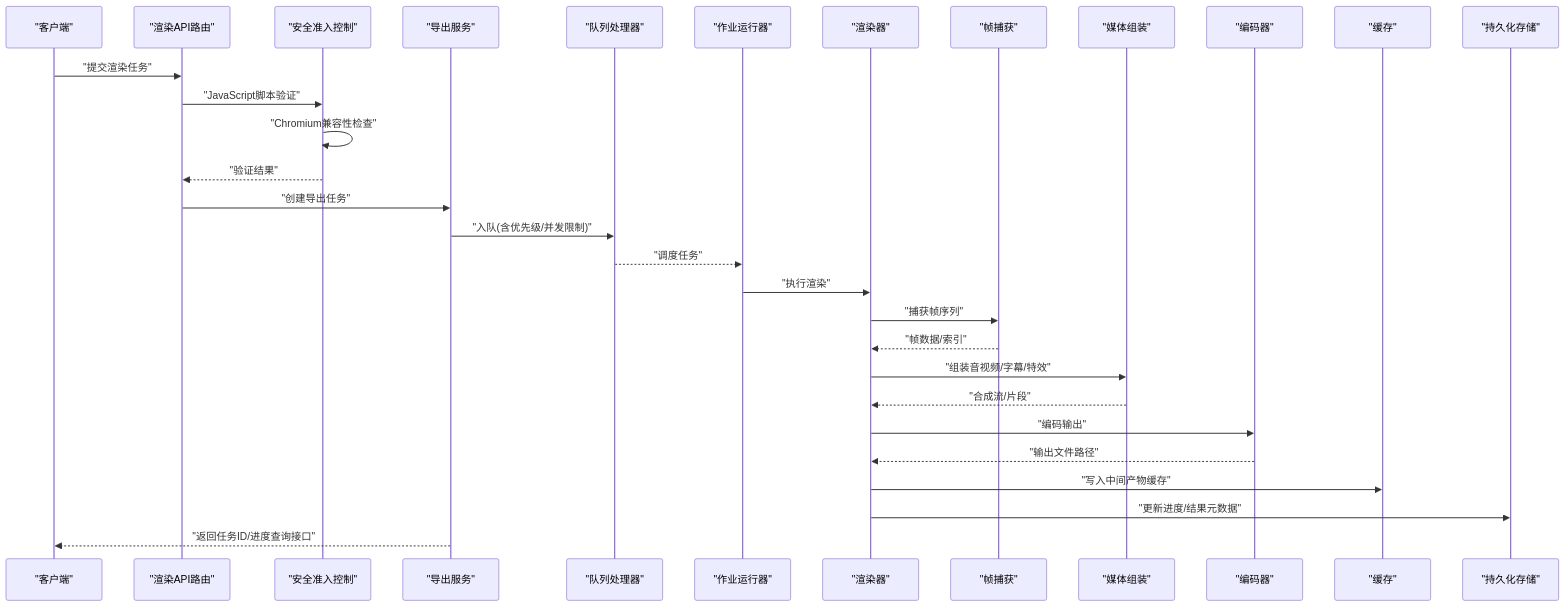
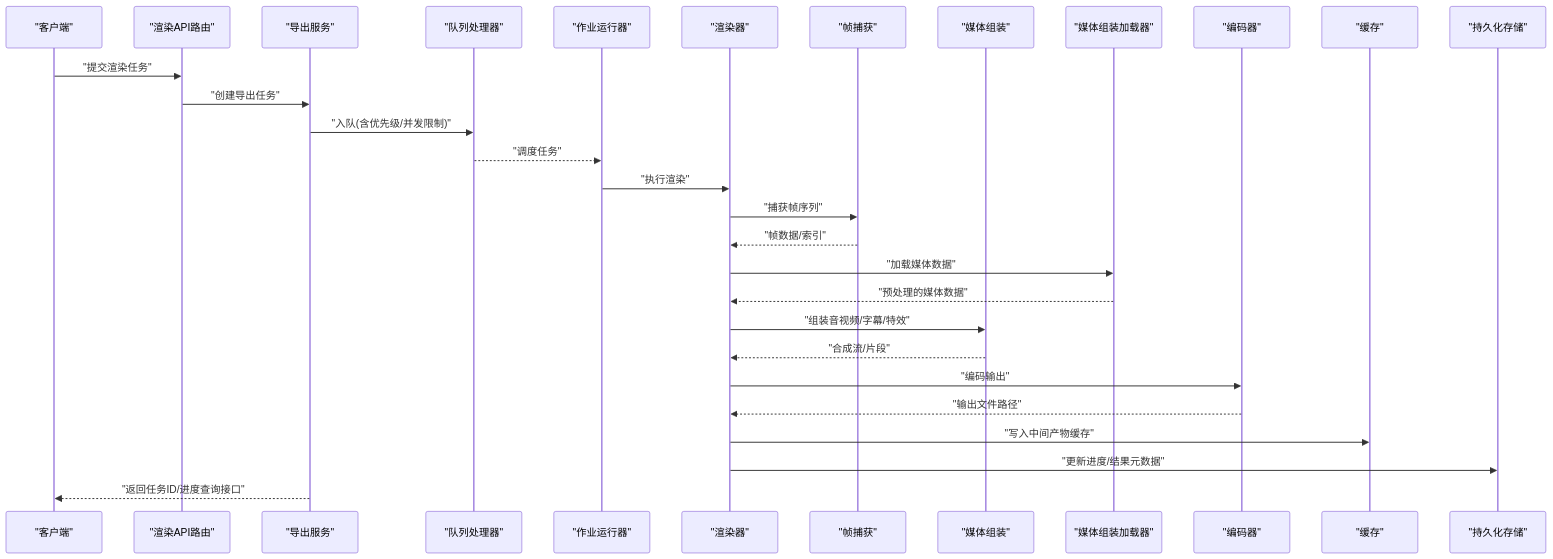
One commit to scottcwy/PurpleInk changed the second of 4 diagrams in .qoder/repowiki/zh/content/渲染引擎/渲染流水线/渲染流水线.md. Above: the diagram before and after it, drawn with Mermaid. The commit also changed other lines of this file and 29 other files, not shown here.

````diff
--- a/.qoder/repowiki/zh/content/渲染引擎/渲染流水线/渲染流水线.md
+++ b/.qoder/repowiki/zh/content/渲染引擎/渲染流水线/渲染流水线.md
@@ -162,32 +165,31 @@
 ```mermaid
 sequenceDiagram
 participant Client as "客户端"
 participant API as "渲染API路由"
-participant Admission as "安全准入控制"
 participant ExportSvc as "导出服务"
 participant Queue as "队列处理器"
 participant Runner as "作业运行器"
 participant Renderer as "渲染器"
 participant FC as "帧捕获"
 participant MA as "媒体组装"
+participant MAL as "媒体组装加载器"
 participant ENC as "编码器"
 participant Cache as "缓存"
 participant Store as "持久化存储"
 Client->>API : "提交渲染任务"
-API->>Admission : "JavaScript脚本验证"
-Admission->>Admission : "Chromium兼容性检查"
-Admission-->>API : "验证结果"
 API->>ExportSvc : "创建导出任务"
 ExportSvc->>Queue : "入队(含优先级/并发限制)"
 Queue-->>Runner : "调度任务"
 Runner->>Renderer : "执行渲染"
 Renderer->>FC : "捕获帧序列"
 FC-->>Renderer : "帧数据/索引"
+Renderer->>MAL : "加载媒体数据"
+MAL-->>Renderer : "预处理的媒体数据"
 Renderer->>MA : "组装音视频/字幕/特效"
 MA-->>Renderer : "合成流/片段"
 Renderer->>ENC : "编码输出"
 ENC-->>Renderer : "输出文件路径"
 Renderer->>Cache : "写入中间产物缓存"
 Renderer->>Store : "更新进度/结果元数据"
 ExportSvc-->>Client : "返回任务ID/进度查询接口"
 ```
````
